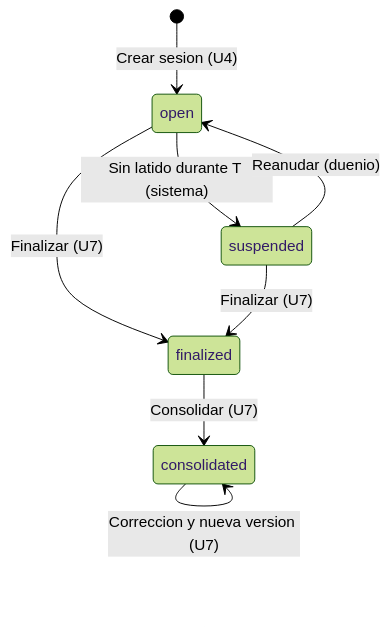
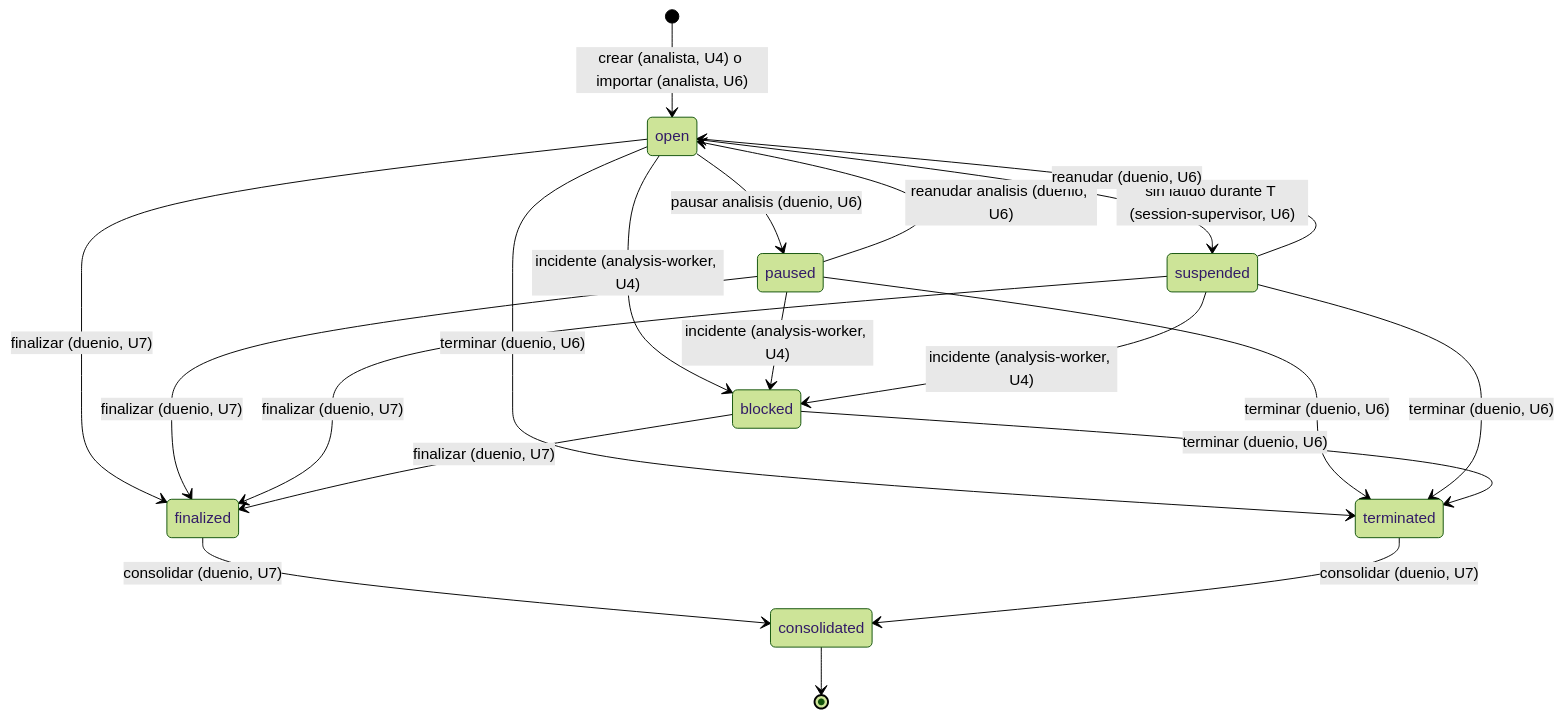
Before and after one commit to freyesJaveriana/tai: the first of 2 diagrams in aidlc/spaces/default/intents/261002-veridicus-mvp/construction/session-lifecycle/functional-design/functional-spec.md, drawn with Mermaid (forest theme). The commit also changed other lines of this file and 12 other files, not shown here.

````diff
--- a/aidlc/spaces/default/intents/261002-veridicus-mvp/construction/session-lifecycle/functional-design/functional-spec.md
+++ b/aidlc/spaces/default/intents/261002-veridicus-mvp/construction/session-lifecycle/functional-design/functional-spec.md
@@ -85,10 +209,22 @@
 ```mermaid
 stateDiagram-v2
-  [*] --> open: Crear sesion (U4)
-  open --> suspended: Sin latido durante T (sistema)
-  suspended --> open: Reanudar (duenio)
-  open --> finalized: Finalizar (U7)
-  suspended --> finalized: Finalizar (U7)
-  finalized --> consolidated: Consolidar (U7)
-  consolidated --> consolidated: Correccion y nueva version (U7)
+    [*] --> open: crear (analista, U4) o importar (analista, U6)
+    open --> paused: pausar analisis (duenio, U6)
+    paused --> open: reanudar analisis (duenio, U6)
+    open --> suspended: sin latido durante T (session-supervisor, U6)
+    suspended --> open: reanudar (duenio, U6)
+    open --> blocked: incidente (analysis-worker, U4)
+    paused --> blocked: incidente (analysis-worker, U4)
+    suspended --> blocked: incidente (analysis-worker, U4)
+    open --> terminated: terminar (duenio, U6)
+    paused --> terminated: terminar (duenio, U6)
+    suspended --> terminated: terminar (duenio, U6)
+    blocked --> terminated: terminar (duenio, U6)
+    open --> finalized: finalizar (duenio, U7)
+    paused --> finalized: finalizar (duenio, U7)
+    suspended --> finalized: finalizar (duenio, U7)
+    blocked --> finalized: finalizar (duenio, U7)
+    finalized --> consolidated: consolidar (duenio, U7)
+    terminated --> consolidated: consolidar (duenio, U7)
+    consolidated --> [*]
 ```
````
